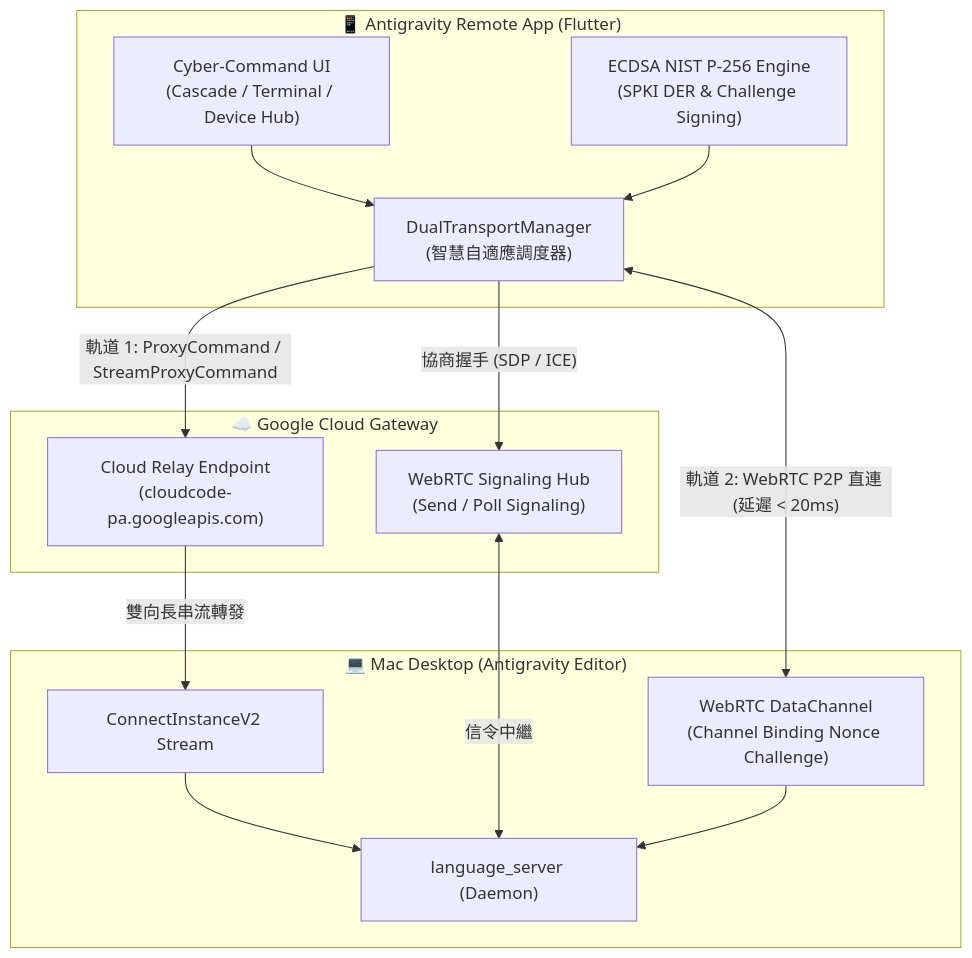
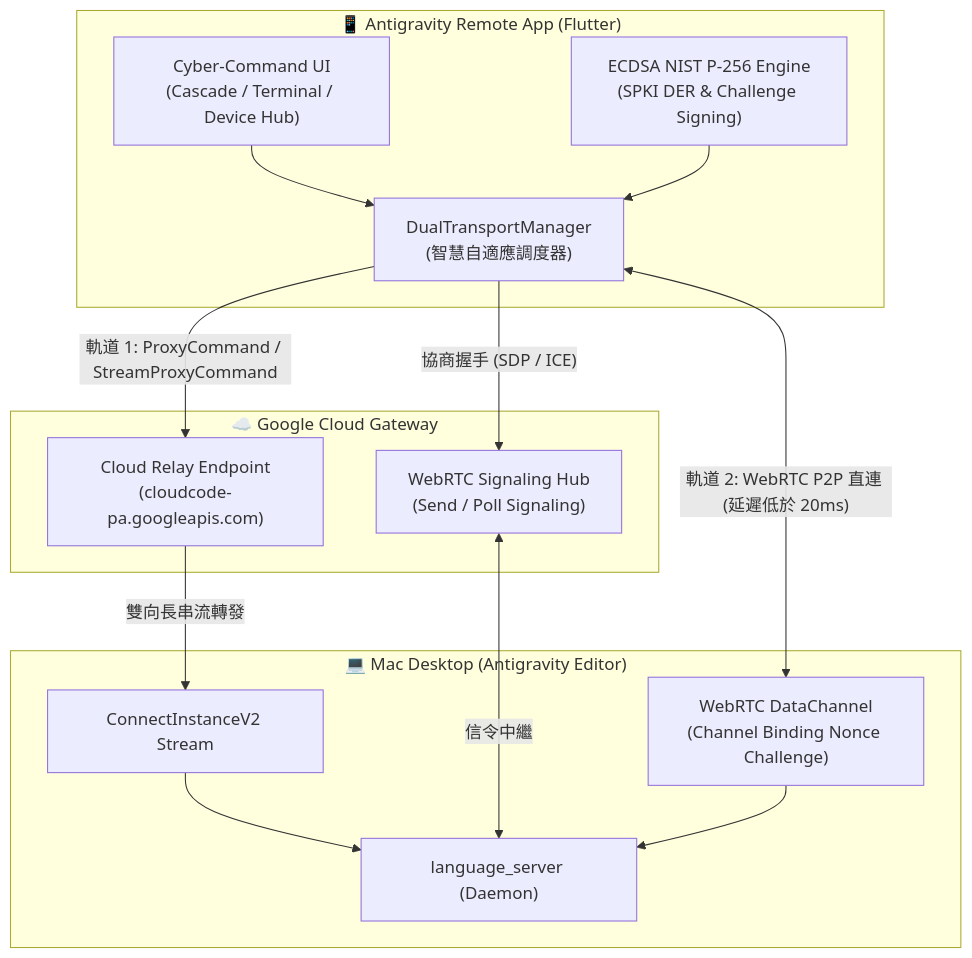
Before and after one commit to aa22396584/antigravity-remote: the first of 4 diagrams in README.md, drawn with Mermaid. The commit also changed other lines of this file and 9 other files, not shown here.

Commit message:
fix(docs): 修復目錄導航錨點、Mermaid 特殊字元與英文版層級，並更新高保真 Android 實機思考審批截圖

````diff
--- a/README.md
+++ b/README.md
@@ -84,31 +85,31 @@
 ```mermaid
 flowchart TD
     subgraph Client ["📱 Antigravity Remote App (Flutter)"]
         UI["Cyber-Command UI<br/>(Cascade / Terminal / Device Hub)"]
         DTM["DualTransportManager<br/>(智慧自適應調度器)"]
         Crypto["ECDSA NIST P-256 Engine<br/>(SPKI DER &amp; Challenge Signing)"]
         UI --> DTM
         Crypto --> DTM
     end
 
     subgraph Cloud ["☁️ Google Cloud Gateway"]
         Relay["Cloud Relay Endpoint<br/>(cloudcode-pa.googleapis.com)"]
         Signal["WebRTC Signaling Hub<br/>(Send / Poll Signaling)"]
     end
 
     subgraph Host ["💻 Mac Desktop (Antigravity Editor)"]
         LS["language_server (Daemon)"]
         P2PChannel["WebRTC DataChannel<br/>(Channel Binding Nonce Challenge)"]
         InboundRPC["ConnectInstanceV2 Stream"]
     end
 
     DTM -->|"軌道 1: ProxyCommand / StreamProxyCommand"| Relay
     Relay -->|"雙向長串流轉發"| InboundRPC
     InboundRPC --> LS
 
     DTM -->|"協商握手 (SDP / ICE)"| Signal
     Signal <-->|"信令中繼"| LS
 
-    DTM <-->|"軌道 2: WebRTC P2P 直連 (延遲 &lt; 20ms)"| P2PChannel
+    DTM <-->|"軌道 2: WebRTC P2P 直連 (延遲低於 20ms)"| P2PChannel
     P2PChannel --> LS
 ```
````
